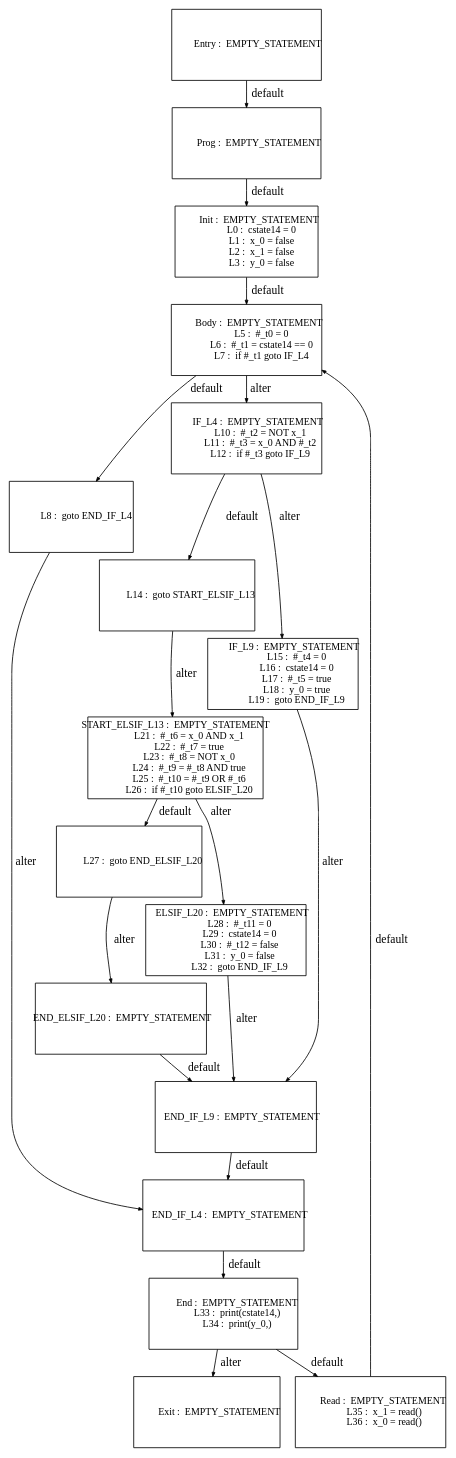
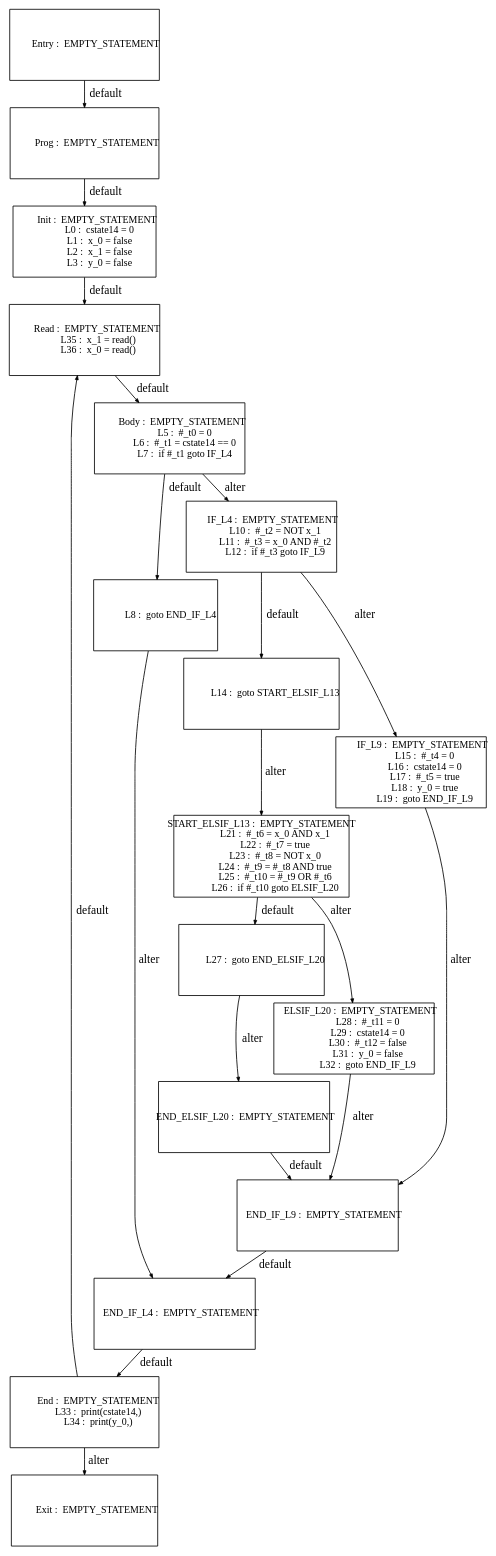
Before and after one commit to Geoffrey1014/ST_DSE: the diagram in tests_programs/paper1_tests/FB_G4LTL1_output/Graph_CP_0.dot, drawn with Graphviz. The commit also changed 36 other files, not shown here.

```diff
--- a/tests_programs/paper1_tests/FB_G4LTL1_output/Graph_CP_0.dot
+++ b/tests_programs/paper1_tests/FB_G4LTL1_output/Graph_CP_0.dot
@@ -1,191 +1,190 @@
 digraph G {
   ranksep=.25;
   edge [arrowsize=.5]
   node [shape=rectangle, fontname="ArialNarrow",
         fontsize=12,  height=1.2];
   "           Prog :  EMPTY_STATEMENT
 "; "           Init :  EMPTY_STATEMENT
              L0 :  cstate14 = 0
              L1 :  x_0 = false
              L2 :  x_1 = false
              L3 :  y_0 = false
 "; "           Body :  EMPTY_STATEMENT
              L5 :  #_t0 = 0
              L6 :  #_t1 = cstate14 == 0
              L7 :  if #_t1 goto IF_L4
 "; "             L8 :  goto END_IF_L4
 "; "          IF_L4 :  EMPTY_STATEMENT
             L10 :  #_t2 = NOT x_1
             L11 :  #_t3 = x_0 AND #_t2
             L12 :  if #_t3 goto IF_L9
 "; "            L14 :  goto START_ELSIF_L13
 "; "          IF_L9 :  EMPTY_STATEMENT
             L15 :  #_t4 = 0
             L16 :  cstate14 = 0
             L17 :  #_t5 = true
             L18 :  y_0 = true
             L19 :  goto END_IF_L9
 "; "START_ELSIF_L13 :  EMPTY_STATEMENT
             L21 :  #_t6 = x_0 AND x_1
             L22 :  #_t7 = true
             L23 :  #_t8 = NOT x_0
             L24 :  #_t9 = #_t8 AND true
             L25 :  #_t10 = #_t9 OR #_t6
             L26 :  if #_t10 goto ELSIF_L20
 "; "            L27 :  goto END_ELSIF_L20
 "; "      ELSIF_L20 :  EMPTY_STATEMENT
             L28 :  #_t11 = 0
             L29 :  cstate14 = 0
             L30 :  #_t12 = false
             L31 :  y_0 = false
             L32 :  goto END_IF_L9
 "; "  END_ELSIF_L20 :  EMPTY_STATEMENT
 "; "      END_IF_L9 :  EMPTY_STATEMENT
 "; "      END_IF_L4 :  EMPTY_STATEMENT
 "; "          Entry :  EMPTY_STATEMENT
 "; "            End :  EMPTY_STATEMENT
             L33 :  print(cstate14,)
             L34 :  print(y_0,)
 "; "           Exit :  EMPTY_STATEMENT
 "; "           Read :  EMPTY_STATEMENT
             L35 :  x_1 = read()
             L36 :  x_0 = read()
 "; 
   "           Prog :  EMPTY_STATEMENT
 " -> "           Init :  EMPTY_STATEMENT
              L0 :  cstate14 = 0
              L1 :  x_0 = false
              L2 :  x_1 = false
              L3 :  y_0 = false
 "  [label="default"];
   "           Init :  EMPTY_STATEMENT
              L0 :  cstate14 = 0
              L1 :  x_0 = false
              L2 :  x_1 = false
              L3 :  y_0 = false
-" -> "           Body :  EMPTY_STATEMENT
-             L5 :  #_t0 = 0
-             L6 :  #_t1 = cstate14 == 0
-             L7 :  if #_t1 goto IF_L4
+" -> "           Read :  EMPTY_STATEMENT
+            L35 :  x_1 = read()
+            L36 :  x_0 = read()
 "  [label="default"];
   "           Body :  EMPTY_STATEMENT
              L5 :  #_t0 = 0
              L6 :  #_t1 = cstate14 == 0
              L7 :  if #_t1 goto IF_L4
 " -> "             L8 :  goto END_IF_L4
 "  [label="default"];
   "           Body :  EMPTY_STATEMENT
              L5 :  #_t0 = 0
              L6 :  #_t1 = cstate14 == 0
              L7 :  if #_t1 goto IF_L4
 " -> "          IF_L4 :  EMPTY_STATEMENT
             L10 :  #_t2 = NOT x_1
             L11 :  #_t3 = x_0 AND #_t2
             L12 :  if #_t3 goto IF_L9
 "  [label="alter"];
   "             L8 :  goto END_IF_L4
 " -> "      END_IF_L4 :  EMPTY_STATEMENT
 "  [label="alter"];
   "          IF_L4 :  EMPTY_STATEMENT
             L10 :  #_t2 = NOT x_1
             L11 :  #_t3 = x_0 AND #_t2
             L12 :  if #_t3 goto IF_L9
 " -> "            L14 :  goto START_ELSIF_L13
 "  [label="default"];
   "          IF_L4 :  EMPTY_STATEMENT
             L10 :  #_t2 = NOT x_1
             L11 :  #_t3 = x_0 AND #_t2
             L12 :  if #_t3 goto IF_L9
 " -> "          IF_L9 :  EMPTY_STATEMENT
             L15 :  #_t4 = 0
             L16 :  cstate14 = 0
             L17 :  #_t5 = true
             L18 :  y_0 = true
             L19 :  goto END_IF_L9
 "  [label="alter"];
   "            L14 :  goto START_ELSIF_L13
 " -> "START_ELSIF_L13 :  EMPTY_STATEMENT
             L21 :  #_t6 = x_0 AND x_1
             L22 :  #_t7 = true
             L23 :  #_t8 = NOT x_0
             L24 :  #_t9 = #_t8 AND true
             L25 :  #_t10 = #_t9 OR #_t6
             L26 :  if #_t10 goto ELSIF_L20
 "  [label="alter"];
   "          IF_L9 :  EMPTY_STATEMENT
             L15 :  #_t4 = 0
             L16 :  cstate14 = 0
             L17 :  #_t5 = true
             L18 :  y_0 = true
             L19 :  goto END_IF_L9
 " -> "      END_IF_L9 :  EMPTY_STATEMENT
 "  [label="alter"];
   "START_ELSIF_L13 :  EMPTY_STATEMENT
             L21 :  #_t6 = x_0 AND x_1
             L22 :  #_t7 = true
             L23 :  #_t8 = NOT x_0
             L24 :  #_t9 = #_t8 AND true
             L25 :  #_t10 = #_t9 OR #_t6
             L26 :  if #_t10 goto ELSIF_L20
 " -> "            L27 :  goto END_ELSIF_L20
 "  [label="default"];
   "START_ELSIF_L13 :  EMPTY_STATEMENT
             L21 :  #_t6 = x_0 AND x_1
             L22 :  #_t7 = true
             L23 :  #_t8 = NOT x_0
             L24 :  #_t9 = #_t8 AND true
             L25 :  #_t10 = #_t9 OR #_t6
             L26 :  if #_t10 goto ELSIF_L20
 " -> "      ELSIF_L20 :  EMPTY_STATEMENT
             L28 :  #_t11 = 0
             L29 :  cstate14 = 0
             L30 :  #_t12 = false
             L31 :  y_0 = false
             L32 :  goto END_IF_L9
 "  [label="alter"];
   "            L27 :  goto END_ELSIF_L20
 " -> "  END_ELSIF_L20 :  EMPTY_STATEMENT
 "  [label="alter"];
   "      ELSIF_L20 :  EMPTY_STATEMENT
             L28 :  #_t11 = 0
             L29 :  cstate14 = 0
             L30 :  #_t12 = false
             L31 :  y_0 = false
             L32 :  goto END_IF_L9
 " -> "      END_IF_L9 :  EMPTY_STATEMENT
 "  [label="alter"];
   "  END_ELSIF_L20 :  EMPTY_STATEMENT
 " -> "      END_IF_L9 :  EMPTY_STATEMENT
 "  [label="default"];
   "      END_IF_L9 :  EMPTY_STATEMENT
 " -> "      END_IF_L4 :  EMPTY_STATEMENT
 "  [label="default"];
   "      END_IF_L4 :  EMPTY_STATEMENT
 " -> "            End :  EMPTY_STATEMENT
             L33 :  print(cstate14,)
             L34 :  print(y_0,)
 "  [label="default"];
   "          Entry :  EMPTY_STATEMENT
 " -> "           Prog :  EMPTY_STATEMENT
 "  [label="default"];
   "            End :  EMPTY_STATEMENT
             L33 :  print(cstate14,)
             L34 :  print(y_0,)
 " -> "           Read :  EMPTY_STATEMENT
             L35 :  x_1 = read()
             L36 :  x_0 = read()
 "  [label="default"];
   "            End :  EMPTY_STATEMENT
             L33 :  print(cstate14,)
             L34 :  print(y_0,)
 " -> "           Exit :  EMPTY_STATEMENT
 "  [label="alter"];
   "           Read :  EMPTY_STATEMENT
             L35 :  x_1 = read()
             L36 :  x_0 = read()
 " -> "           Body :  EMPTY_STATEMENT
              L5 :  #_t0 = 0
              L6 :  #_t1 = cstate14 == 0
              L7 :  if #_t1 goto IF_L4
 "  [label="default"];
 }
```
